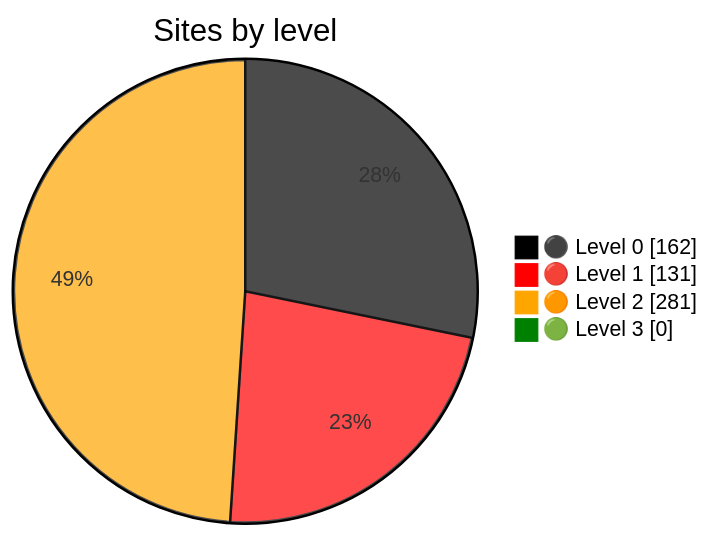
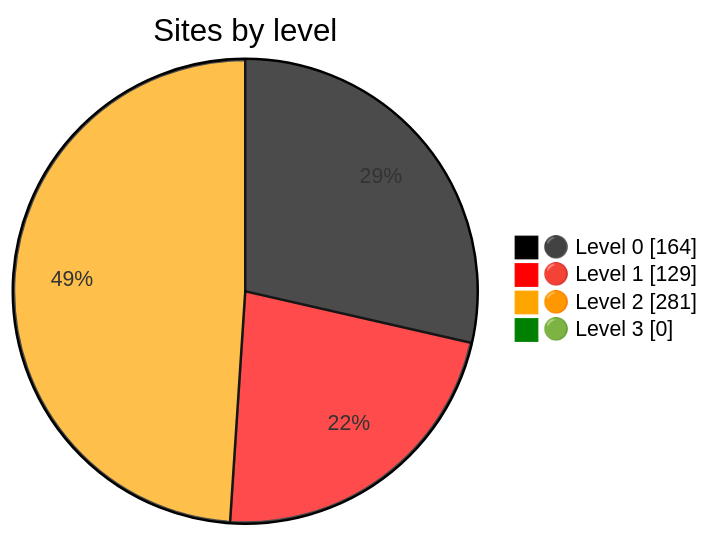
One commit to Dushmilan/gov_lk_web_auditor changed the diagram in README.md. Above: the diagram before and after it, drawn with Mermaid. The commit also changed other lines of this file and 2632 other files, not shown here.

````diff
--- a/README.md
+++ b/README.md
@@ -24,9 +24,9 @@
 ```mermaid
 %%{init: {"themeVariables":{"pie1":"black","pie2":"red","pie3":"orange","pie4":"green"}}}%%
 pie showData
     title Sites by level
-    "⚫ Level 0" : 162
-    "🔴 Level 1" : 131
+    "⚫ Level 0" : 164
+    "🔴 Level 1" : 129
     "🟠 Level 2" : 281
     "🟢 Level 3" : 0
 ```
````
